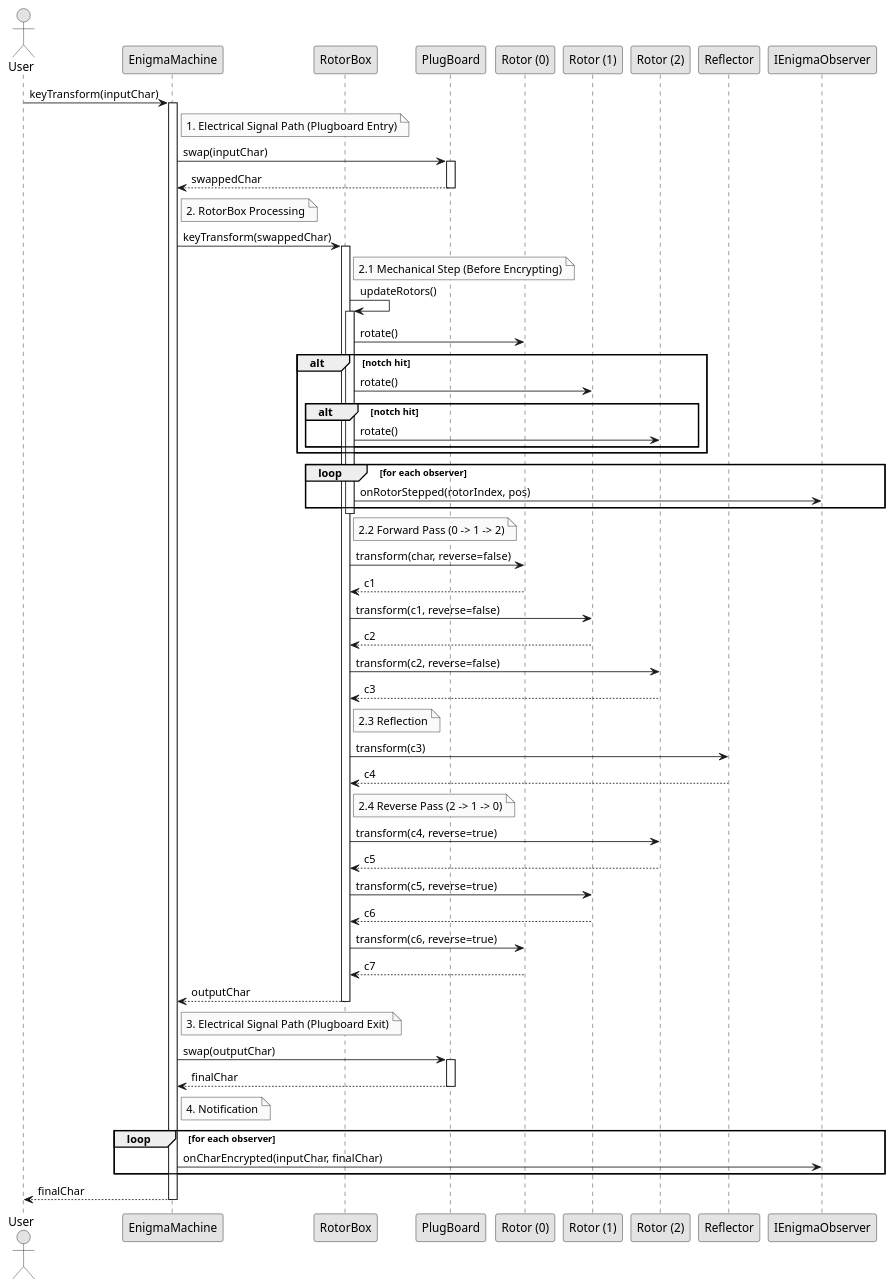
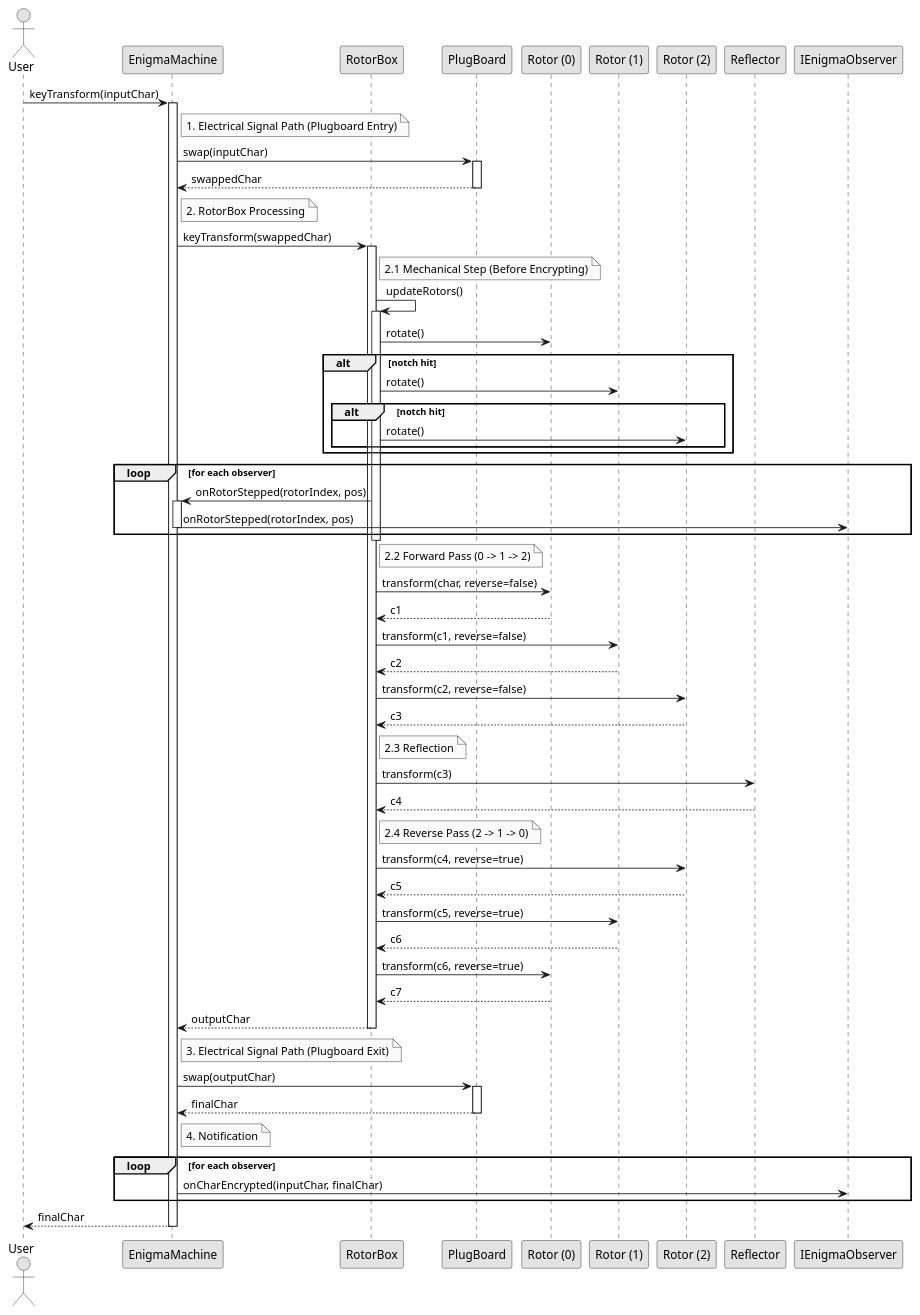
The diagram in docs/diagrams/encryption_sequence.puml (alvarocleite/EnigmaMachineCore), drawn with PlantUML before and after one commit. The commit also changed 5 other files, not shown here.

```diff
--- a/docs/diagrams/encryption_sequence.puml
+++ b/docs/diagrams/encryption_sequence.puml
@@ -1,83 +1,86 @@
 @startuml Enigma_Encryption_Sequence_Diagram
 
 skinparam monochrome true
 skinparam responseMessageBelowArrow true
 
 actor User
 participant "EnigmaMachine" as EM
 participant "RotorBox" as RB
 participant "PlugBoard" as PB
 participant "Rotor (0)" as R0
 participant "Rotor (1)" as R1
 participant "Rotor (2)" as R2
 participant "Reflector" as REF
 participant "IEnigmaObserver" as OBS
 
 User -> EM: keyTransform(inputChar)
 activate EM
 
     note right of EM: 1. Electrical Signal Path (Plugboard Entry)
     EM -> PB: swap(inputChar)
     activate PB
     PB --> EM: swappedChar
     deactivate PB
 
     note right of EM: 2. RotorBox Processing
     EM -> RB: keyTransform(swappedChar)
     activate RB
 
         note right of RB: 2.1 Mechanical Step (Before Encrypting)
         RB -> RB: updateRotors()
         activate RB
             RB -> R0: rotate()
             alt notch hit
                 RB -> R1: rotate()
                 alt notch hit
                     RB -> R2: rotate()
                 end
             end
             
             loop for each observer
-                RB -> OBS: onRotorStepped(rotorIndex, pos)
+                RB -> EM: onRotorStepped(rotorIndex, pos)
+                activate EM
+                    EM -> OBS: onRotorStepped(rotorIndex, pos)
+                deactivate EM
             end
         deactivate RB
         
         note right of RB: 2.2 Forward Pass (0 -> 1 -> 2)
         RB -> R0: transform(char, reverse=false)
         R0 --> RB: c1
         RB -> R1: transform(c1, reverse=false)
         R1 --> RB: c2
         RB -> R2: transform(c2, reverse=false)
         R2 --> RB: c3
 
         note right of RB: 2.3 Reflection
         RB -> REF: transform(c3)
         REF --> RB: c4
 
         note right of RB: 2.4 Reverse Pass (2 -> 1 -> 0)
         RB -> R2: transform(c4, reverse=true)
         R2 --> RB: c5
         RB -> R1: transform(c5, reverse=true)
         R1 --> RB: c6
         RB -> R0: transform(c6, reverse=true)
         R0 --> RB: c7
 
     RB --> EM: outputChar
     deactivate RB
 
     note right of EM: 3. Electrical Signal Path (Plugboard Exit)
     EM -> PB: swap(outputChar)
     activate PB
     PB --> EM: finalChar
     deactivate PB
 
     note right of EM: 4. Notification
     loop for each observer
         EM -> OBS: onCharEncrypted(inputChar, finalChar)
     end
 
 EM --> User: finalChar
 deactivate EM
 
 
 @enduml
```
